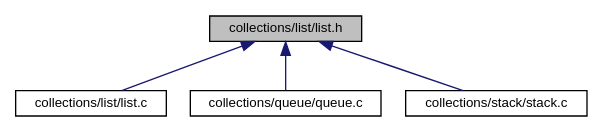
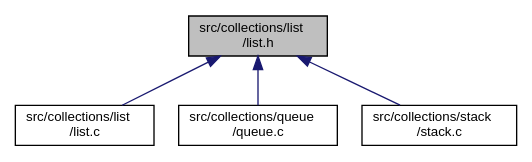
Before and after one commit to N1ghtF1re/C-Collections: the diagram in docs/docspages/list_8h__dep__incl.dot, drawn with Graphviz. The commit also changed 174 other files, not shown here.

```diff
--- a/docs/docspages/list_8h__dep__incl.dot
+++ b/docs/docspages/list_8h__dep__incl.dot
@@ -1,12 +1,12 @@
-digraph "collections/list/list.h"
+digraph "src/collections/list/list.h"
 {
   edge [fontname="Helvetica",fontsize="10",labelfontname="Helvetica",labelfontsize="10"];
   node [fontname="Helvetica",fontsize="10",shape=record];
-  Node2 [label="collections/list/list.h",height=0.2,width=0.4,color="black", fillcolor="grey75", style="filled", fontcolor="black"];
+  Node2 [label="src/collections/list\l/list.h",height=0.2,width=0.4,color="black", fillcolor="grey75", style="filled", fontcolor="black"];
   Node2 -> Node3 [dir="back",color="midnightblue",fontsize="10",style="solid",fontname="Helvetica"];
-  Node3 [label="collections/list/list.c",height=0.2,width=0.4,color="black", fillcolor="white", style="filled",URL="$list_8c.html",tooltip="File containing implementation of List. "];
+  Node3 [label="src/collections/list\l/list.c",height=0.2,width=0.4,color="black", fillcolor="white", style="filled",URL="$list_8c.html",tooltip="File containing implementation of List. "];
   Node2 -> Node4 [dir="back",color="midnightblue",fontsize="10",style="solid",fontname="Helvetica"];
-  Node4 [label="collections/queue/queue.c",height=0.2,width=0.4,color="black", fillcolor="white", style="filled",URL="$queue_8c.html",tooltip="File containing implementation of Queue. "];
+  Node4 [label="src/collections/queue\l/queue.c",height=0.2,width=0.4,color="black", fillcolor="white", style="filled",URL="$queue_8c.html",tooltip="File containing implementation of Queue. "];
   Node2 -> Node5 [dir="back",color="midnightblue",fontsize="10",style="solid",fontname="Helvetica"];
-  Node5 [label="collections/stack/stack.c",height=0.2,width=0.4,color="black", fillcolor="white", style="filled",URL="$stack_8c.html",tooltip="File containing implementation of Stack. "];
+  Node5 [label="src/collections/stack\l/stack.c",height=0.2,width=0.4,color="black", fillcolor="white", style="filled",URL="$stack_8c.html",tooltip="File containing implementation of Stack. "];
 }
```
